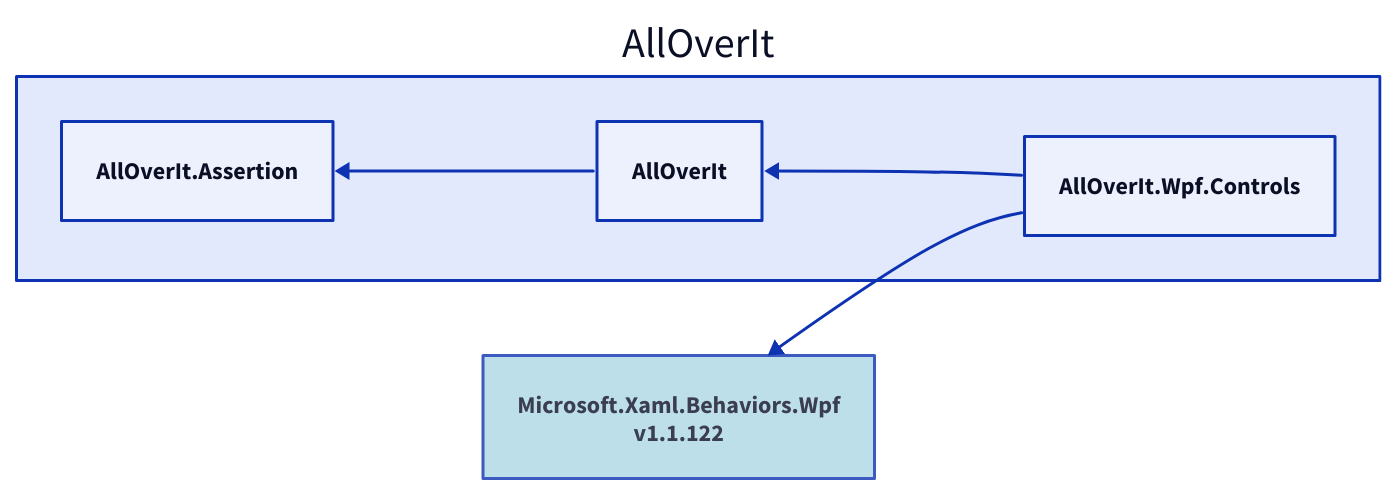
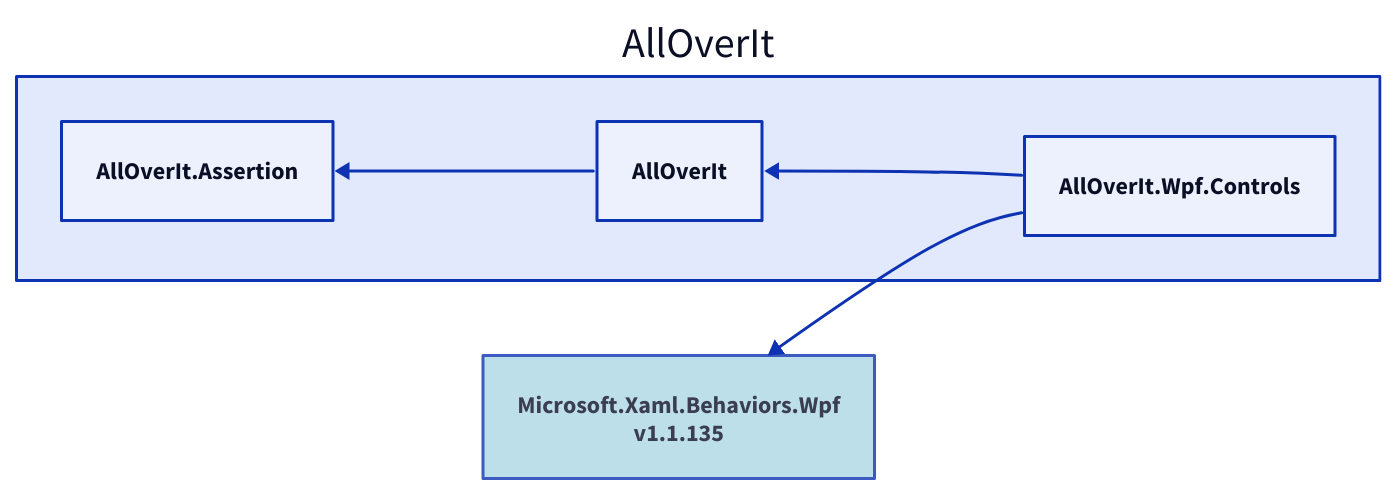
The diagram in Docs/Reference/Content/images/dependencies/net9.0/alloverit-wpf-controls.d2 (mjfreelancing/AllOverIt), drawn with D2 before and after one commit. The commit also changed 205 other files, not shown here.

```diff
--- a/Docs/Reference/Content/images/dependencies/net9.0/alloverit-wpf-controls.d2
+++ b/Docs/Reference/Content/images/dependencies/net9.0/alloverit-wpf-controls.d2
@@ -1,12 +1,12 @@
 direction: left
 
 aoi: AllOverIt
 aoi.alloverit-wpf-controls: AllOverIt.Wpf.Controls
-microsoft-xaml-behaviors-wpf_1-1-122: Microsoft.Xaml.Behaviors.Wpf\nv1.1.122
-microsoft-xaml-behaviors-wpf_1-1-122.style.fill: "#ADD8E6"
-microsoft-xaml-behaviors-wpf_1-1-122.style.opacity: 0.8
-microsoft-xaml-behaviors-wpf_1-1-122 <- aoi.alloverit-wpf-controls
+microsoft-xaml-behaviors-wpf_1-1-135: Microsoft.Xaml.Behaviors.Wpf\nv1.1.135
+microsoft-xaml-behaviors-wpf_1-1-135.style.fill: "#ADD8E6"
+microsoft-xaml-behaviors-wpf_1-1-135.style.opacity: 0.8
+microsoft-xaml-behaviors-wpf_1-1-135 <- aoi.alloverit-wpf-controls
 aoi.alloverit: AllOverIt
 aoi.alloverit-assertion: AllOverIt.Assertion
 aoi.alloverit-assertion <- aoi.alloverit
 aoi.alloverit <- aoi.alloverit-wpf-controls
```
